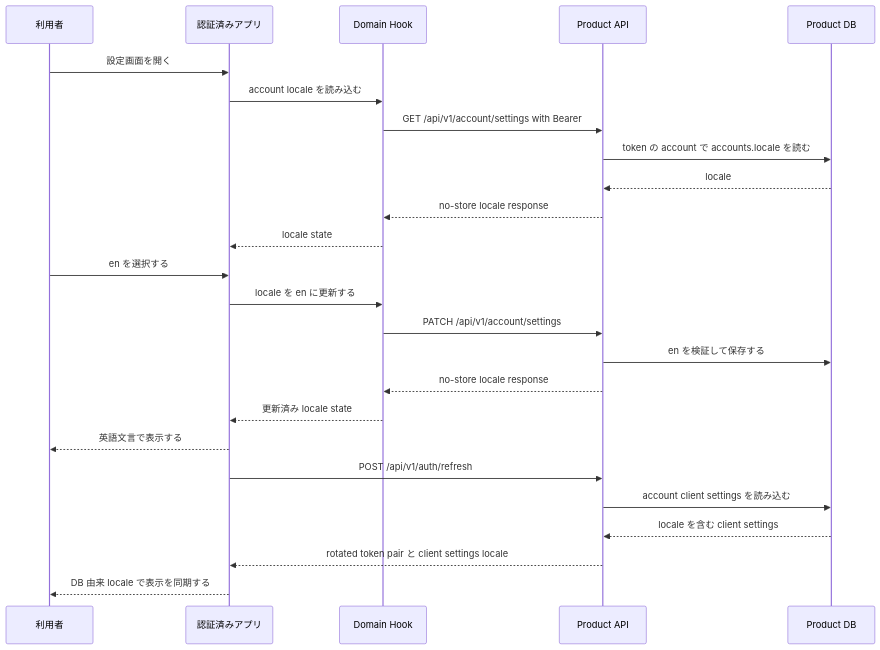
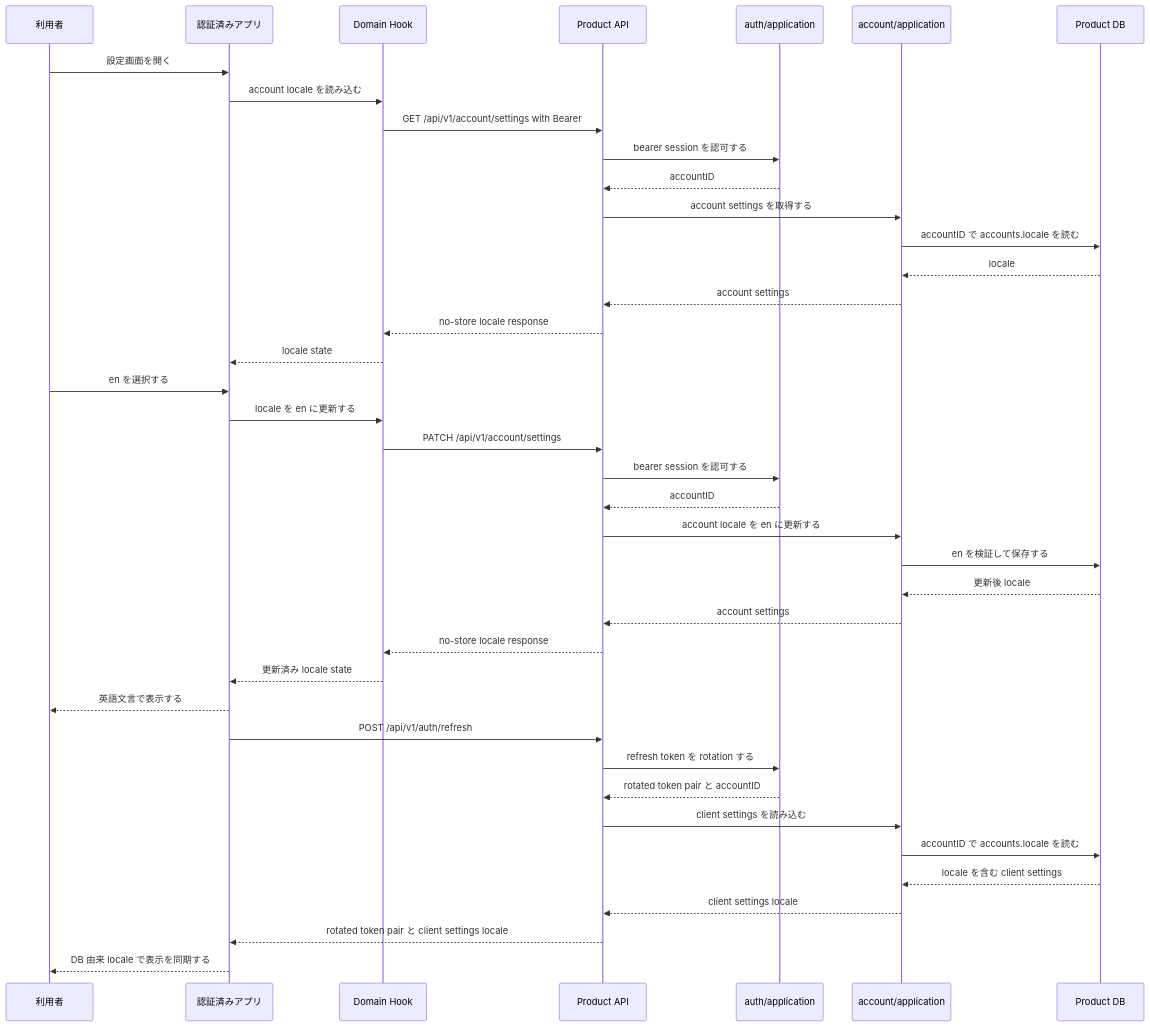
One commit to witwire-net/www-template changed the third of 6 diagrams in openspec/changes/add-default-i18n/design.md. Above: the diagram before and after it, drawn with Mermaid. The commit also changed other lines of this file and 9 other files, not shown here.

````diff
--- a/openspec/changes/add-default-i18n/design.md
+++ b/openspec/changes/add-default-i18n/design.md
@@ -253,27 +297,42 @@
 ```mermaid
 sequenceDiagram
   participant U as 利用者
   participant A as 認証済みアプリ
   participant D as Domain Hook
   participant API as Product API
+  participant AUTH as auth/application
+  participant ACC as account/application
   participant DB as Product DB
   U->>A: 設定画面を開く
   A->>D: account locale を読み込む
   D->>API: GET /api/v1/account/settings with Bearer
-  API->>DB: token の account で accounts.locale を読む
-  DB-->>API: locale
+  API->>AUTH: bearer session を認可する
+  AUTH-->>API: accountID
+  API->>ACC: account settings を取得する
+  ACC->>DB: accountID で accounts.locale を読む
+  DB-->>ACC: locale
+  ACC-->>API: account settings
   API-->>D: no-store locale response
   D-->>A: locale state
   U->>A: en を選択する
   A->>D: locale を en に更新する
   D->>API: PATCH /api/v1/account/settings
-  API->>DB: en を検証して保存する
+  API->>AUTH: bearer session を認可する
+  AUTH-->>API: accountID
+  API->>ACC: account locale を en に更新する
+  ACC->>DB: en を検証して保存する
+  DB-->>ACC: 更新後 locale
+  ACC-->>API: account settings
   API-->>D: no-store locale response
   D-->>A: 更新済み locale state
   A-->>U: 英語文言で表示する
   A->>API: POST /api/v1/auth/refresh
-  API->>DB: account client settings を読み込む
-  DB-->>API: locale を含む client settings
+  API->>AUTH: refresh token を rotation する
+  AUTH-->>API: rotated token pair と accountID
+  API->>ACC: client settings を読み込む
+  ACC->>DB: accountID で accounts.locale を読む
+  DB-->>ACC: locale を含む client settings
+  ACC-->>API: client settings locale
   API-->>A: rotated token pair と client settings locale
   A-->>U: DB 由来 locale で表示を同期する
 ```
````
